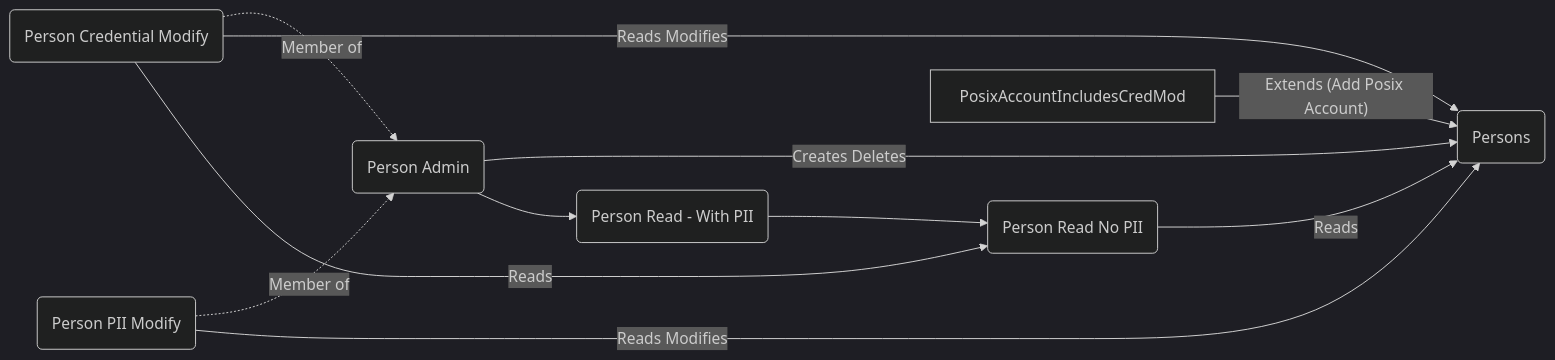
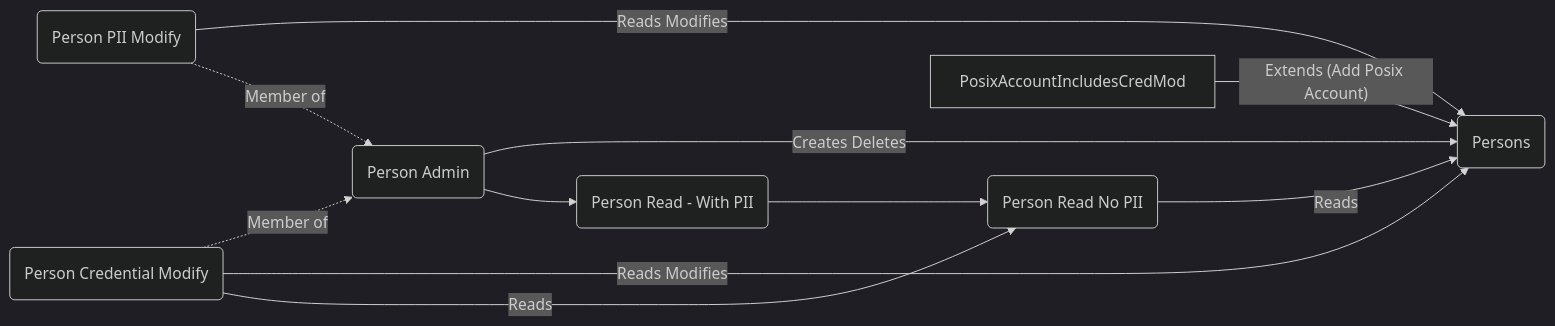
One commit to kanidm/kanidm changed the sixth of 12 diagrams in book/src/developers/designs/access_control_defaults.md. Above: the diagram before and after it, drawn with Mermaid (dark theme). The commit also changed other lines of this file, not shown here.

````diff
--- a/book/src/developers/designs/access_control_defaults.md
+++ b/book/src/developers/designs/access_control_defaults.md
@@ -63,15 +63,15 @@
 ```mermaid
 graph LR
 
 PersonAdmin("Person Admin") --> |"Creates Deletes"| Persons("Persons")
+PersonPIIModify --> |"Reads Modifies"| Persons
+PersonPIIModify("Person PII Modify") -.-> |"Member of"| PersonAdmin 
 PersonCredentialModify("Person Credential Modify") -.-> |"Member of"| PersonAdmin
-PersonPIIModify("Person PII Modify") -.-> |"Member of"| PersonAdmin 
 PersonCredentialModify --> |"Reads Modifies"| Persons
 PersonCredentialModify --> |"Reads"| PersonReadNoPII("Person Read No PII")
-PersonPIIModify --> |"Reads Modifies"| Persons
 PersonAdmin --> PersonReadWithPII("Person Read - With PII")
 PersonReadWithPII --> PersonReadNoPII
 PersonReadNoPII --> |"Reads"| Persons
 PosixAccountIncludesCredMod --> |"Extends (Add Posix Account)"| Persons
 
 ```
````
